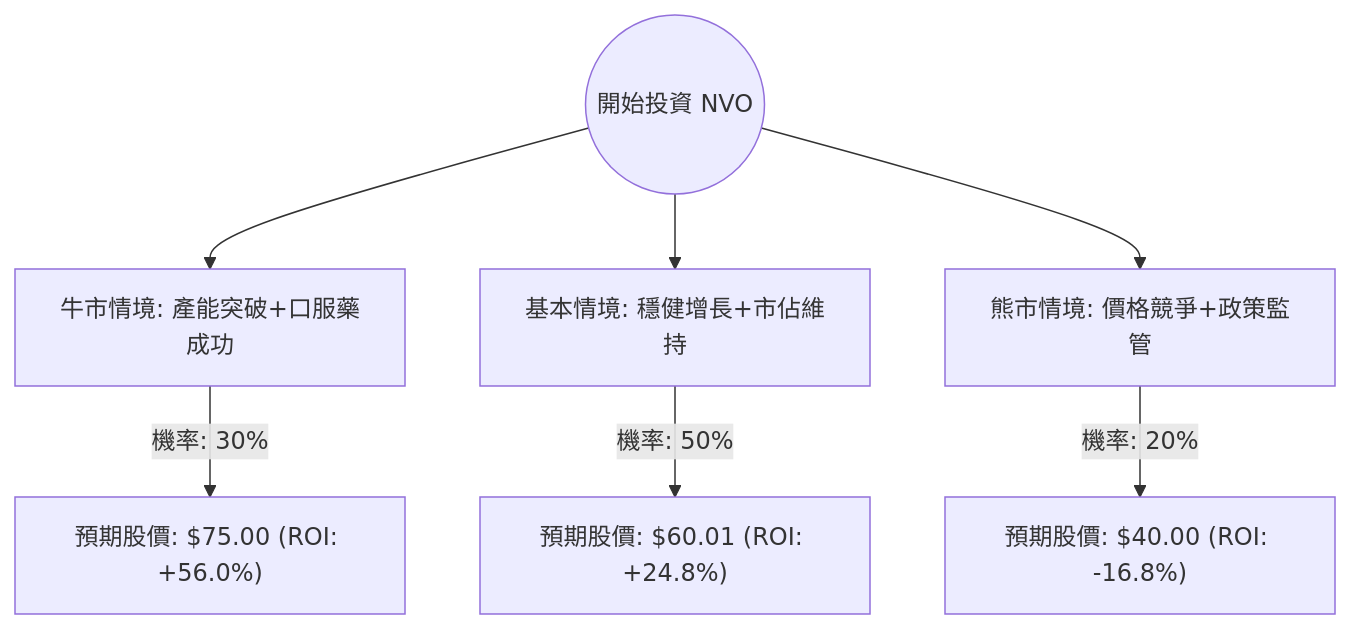
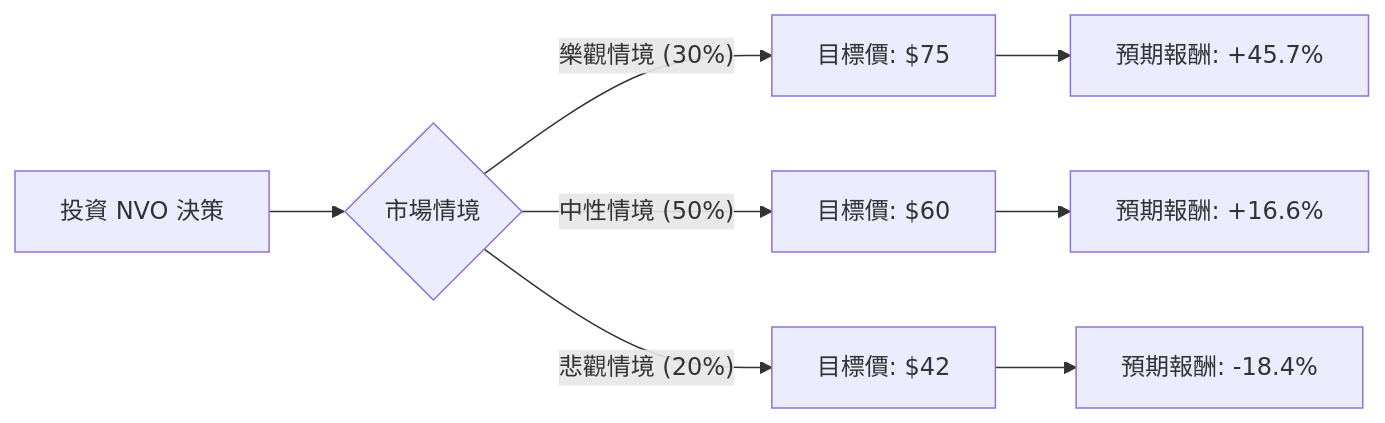
Before and after one commit to zmcx16/zmcx16.github.io: the diagram in plugin-react/ai-analysis/ev-analysis/NVO.md, drawn with Mermaid. The commit also changed other lines of this file and 81 other files, not shown here.

````diff
--- a/plugin-react/ai-analysis/ev-analysis/NVO.md
+++ b/plugin-react/ai-analysis/ev-analysis/NVO.md
@@ -22,10 +21,12 @@
 ```mermaid
-graph TD
-    Start((開始投資 NVO)) --> Bull[牛市情境: 產能突破+口服藥成功]
-    Start --> Base[基本情境: 穩健增長+市佔維持]
-    Start --> Bear[熊市情境: 價格競爭+政策監管]
+graph LR
+    A[投資 NVO 決策] --> B{市場情境}
+    
+    B -- 樂觀情境 (30%) --> C[目標價: $75]
+    B -- 中性情境 (50%) --> D[目標價: $60]
+    B -- 悲觀情境 (20%) --> E[目標價: $42]
 
-    Bull -- "機率: 30%" --> BullVal["預期股價: $75.00 (ROI: +56.0%)"]
-    Base -- "機率: 50%" --> BaseVal["預期股價: $60.01 (ROI: +24.8%)"]
-    Bear -- "機率: 20%" --> BearVal["預期股價: $40.00 (ROI: -16.8%)"]
+    C --> C1[預期報酬: +45.7%]
+    D --> D1[預期報酬: +16.6%]
+    E --> E1[預期報酬: -18.4%]
 ```
````
